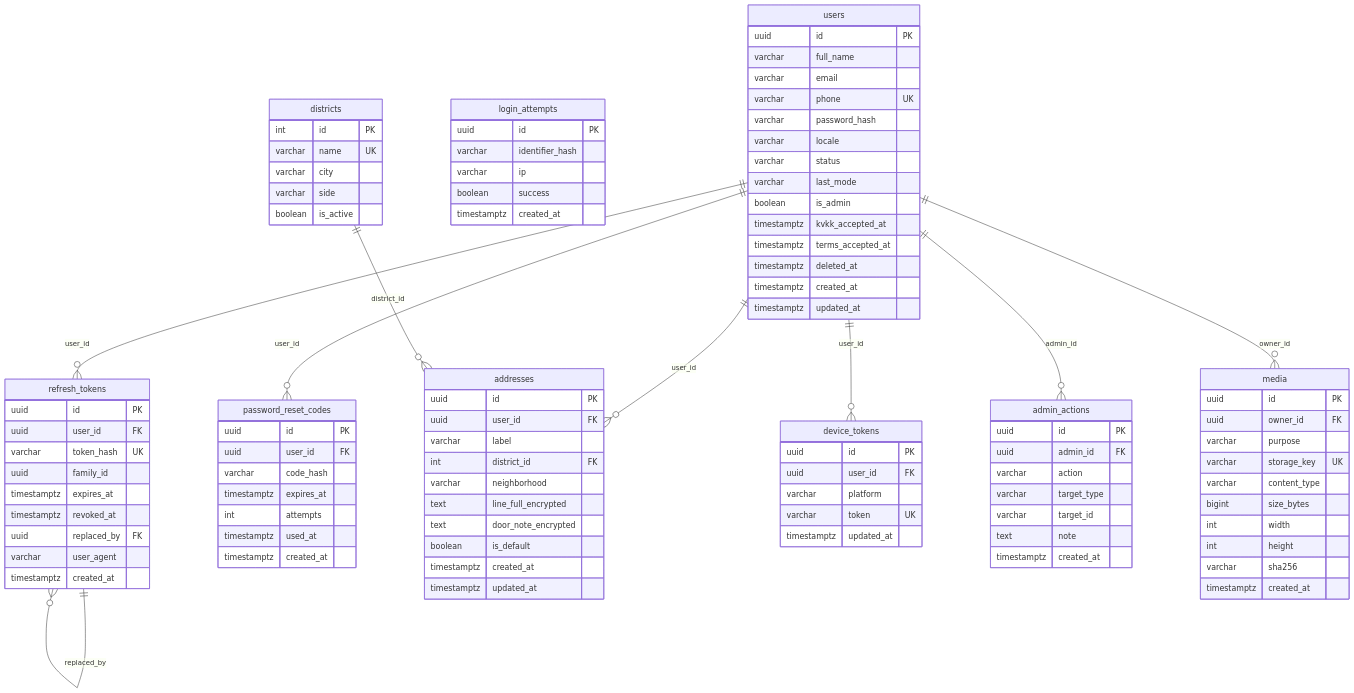
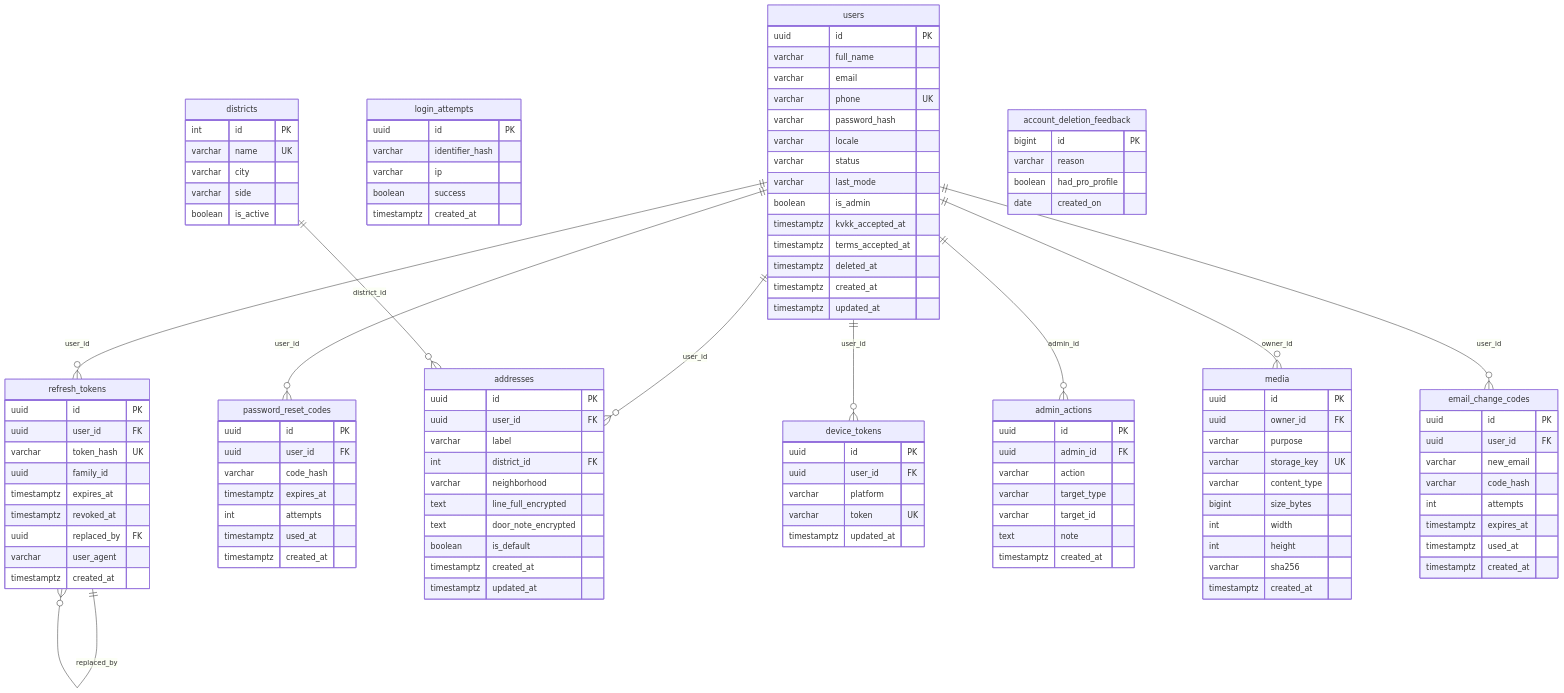
Before and after one commit to ataherdematay/Grad_Project: the seventh of 27 diagrams in docs/deliverables/SDD.md, drawn with Mermaid. The commit also changed other lines of this file and 20 other files, not shown here.

```diff
--- a/docs/deliverables/SDD.md
+++ b/docs/deliverables/SDD.md
@@ -499,7 +552,24 @@
         varchar sha256
         timestamptz created_at
     }
+    email_change_codes {
+        uuid id PK
+        uuid user_id FK
+        varchar new_email
+        varchar code_hash
+        int attempts
+        timestamptz expires_at
+        timestamptz used_at
+        timestamptz created_at
+    }
+    account_deletion_feedback {
+        bigint id PK
+        varchar reason
+        boolean had_pro_profile
+        date created_on
+    }
     users ||--o{ refresh_tokens : "user_id"
+    users ||--o{ email_change_codes : "user_id"
     refresh_tokens ||--o{ refresh_tokens : "replaced_by"
     users ||--o{ password_reset_codes : "user_id"
     users ||--o{ addresses : "user_id"
```
